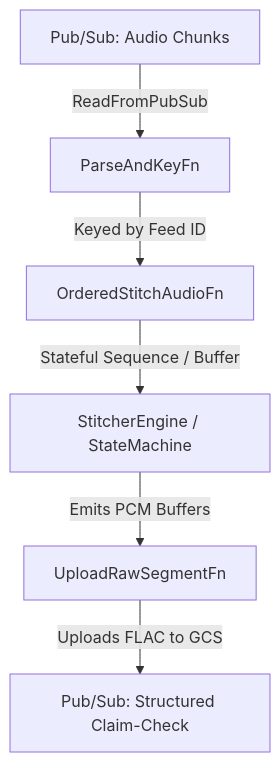
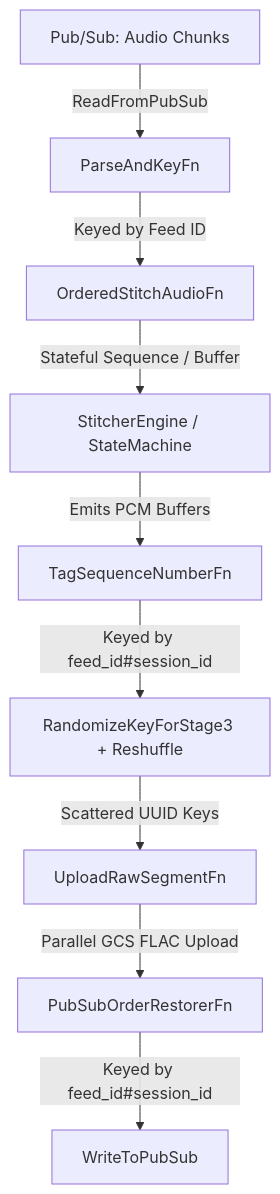
Before and after one commit to watch-duty/radio-transcription: the diagram in backend/pipeline/segmentation/ARCHITECTURE.md, drawn with Mermaid. The commit also changed other lines of this file and 11 other files, not shown here.

Commit message:
[ENG-ONLY] perf(segmentation): distribute Stage 3 FLAC encoding and restore per-session Pub/Sub ordering (#1201)

````diff
--- a/backend/pipeline/segmentation/ARCHITECTURE.md
+++ b/backend/pipeline/segmentation/ARCHITECTURE.md
@@ -11,8 +11,11 @@
 ```mermaid
 graph TD
     A[Pub/Sub: Audio Chunks] -->|ReadFromPubSub| B[ParseAndKeyFn]
     B -->|Keyed by Feed ID| C[OrderedStitchAudioFn]
     C -->|Stateful Sequence / Buffer| D[StitcherEngine / StateMachine]
-    D -->|Emits PCM Buffers| E[UploadRawSegmentFn]
-    E -->|Uploads FLAC to GCS| F[Pub/Sub: Structured Claim-Check]
+    D -->|Emits PCM Buffers| E[TagSequenceNumberFn]
+    E -->|Keyed by feed_id#session_id| F[RandomizeKeyForStage3 + Reshuffle]
+    F -->|Scattered UUID Keys| G[UploadRawSegmentFn]
+    G -->|Parallel GCS FLAC Upload| H[PubSubOrderRestorerFn]
+    H -->|Keyed by feed_id#session_id| I[WriteToPubSub]
 ```
````
